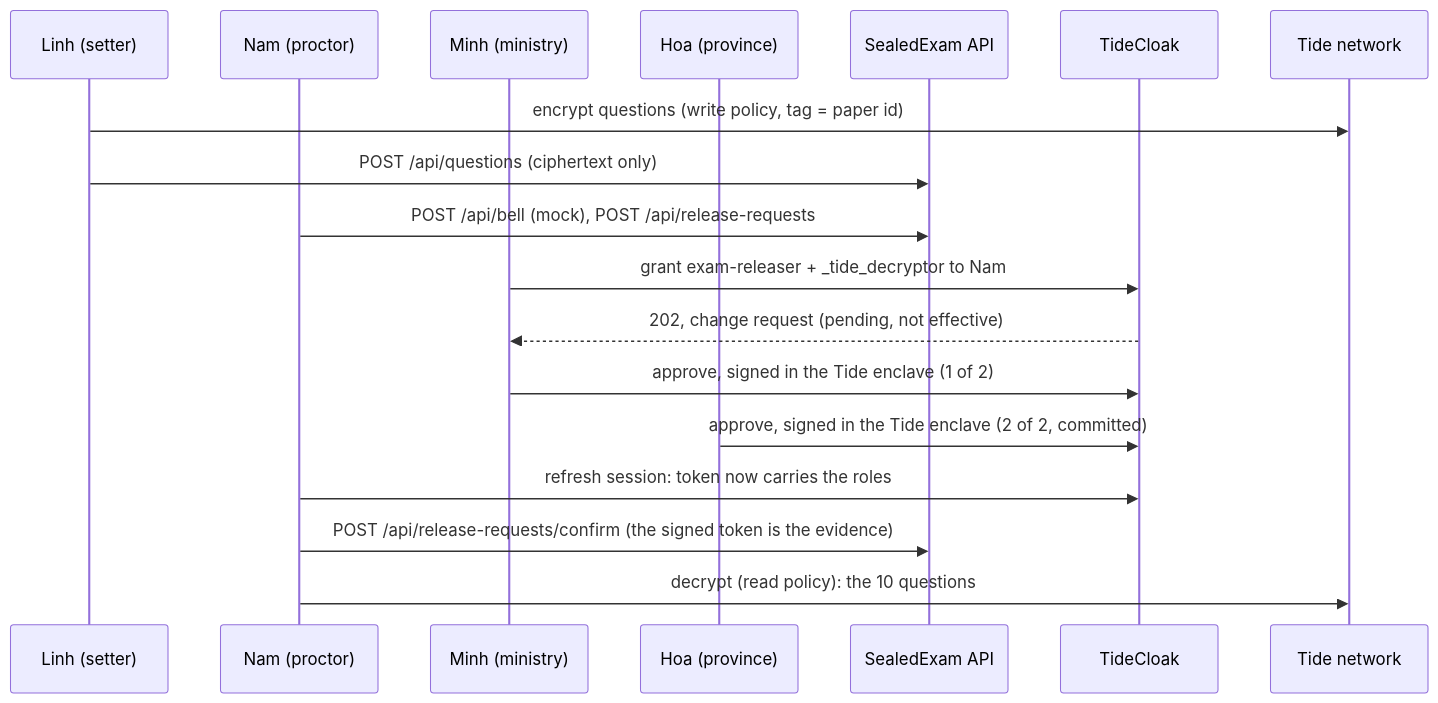
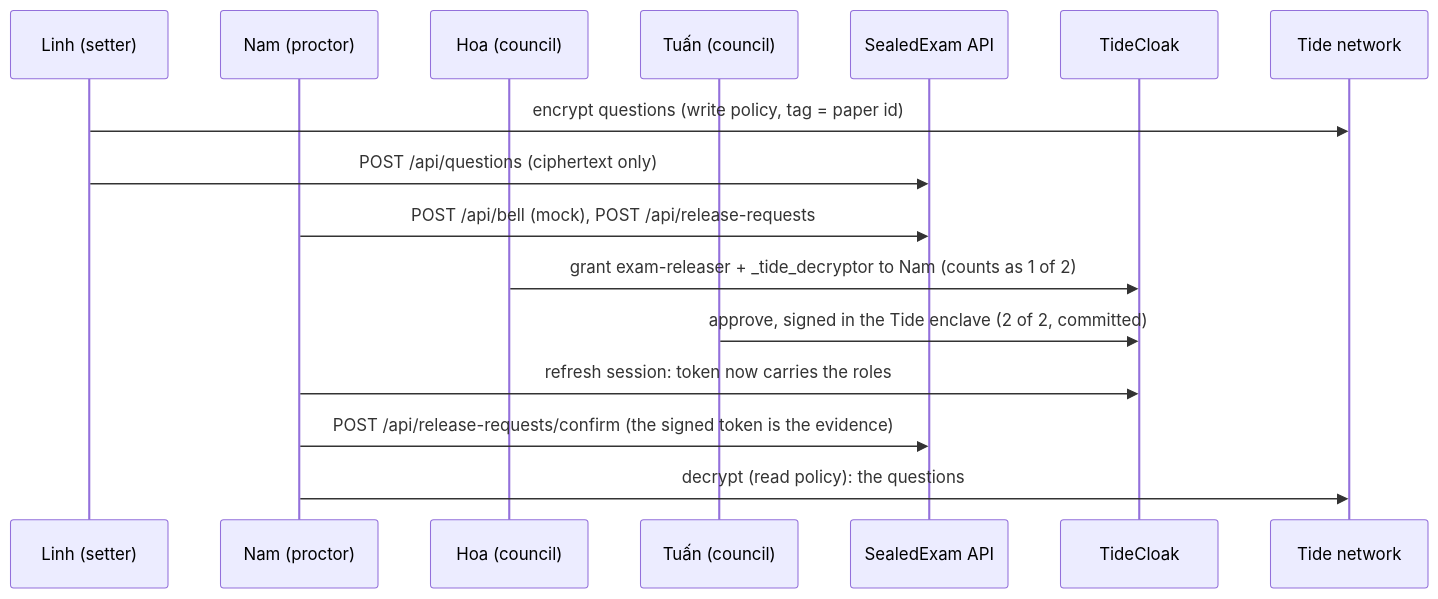
The second of 2 diagrams in README.md (TienLe-0207/RMIT_SGS_TungTungTungSahur_C2), drawn with Mermaid before and after one commit. The commit also changed other lines of this file and 4 other files, not shown here.

````diff
--- a/README.md
+++ b/README.md
@@ -73,21 +86,19 @@
 ```mermaid
 sequenceDiagram
   participant L as Linh (setter)
   participant N as Nam (proctor)
-  participant M as Minh (ministry)
-  participant H as Hoa (province)
+  participant H as Hoa (council)
+  participant T as Tuấn (council)
   participant API as SealedExam API
   participant TC as TideCloak
   participant ORK as Tide network
 
   L->>ORK: encrypt questions (write policy, tag = paper id)
   L->>API: POST /api/questions (ciphertext only)
   N->>API: POST /api/bell (mock), POST /api/release-requests
-  M->>TC: grant exam-releaser + _tide_decryptor to Nam
-  TC-->>M: 202, change request (pending, not effective)
-  M->>TC: approve, signed in the Tide enclave (1 of 2)
-  H->>TC: approve, signed in the Tide enclave (2 of 2, committed)
+  H->>TC: grant exam-releaser + _tide_decryptor to Nam (counts as 1 of 2)
+  T->>TC: approve, signed in the Tide enclave (2 of 2, committed)
   N->>TC: refresh session: token now carries the roles
   N->>API: POST /api/release-requests/confirm (the signed token is the evidence)
-  N->>ORK: decrypt (read policy): the 10 questions
+  N->>ORK: decrypt (read policy): the questions
 ```
````
